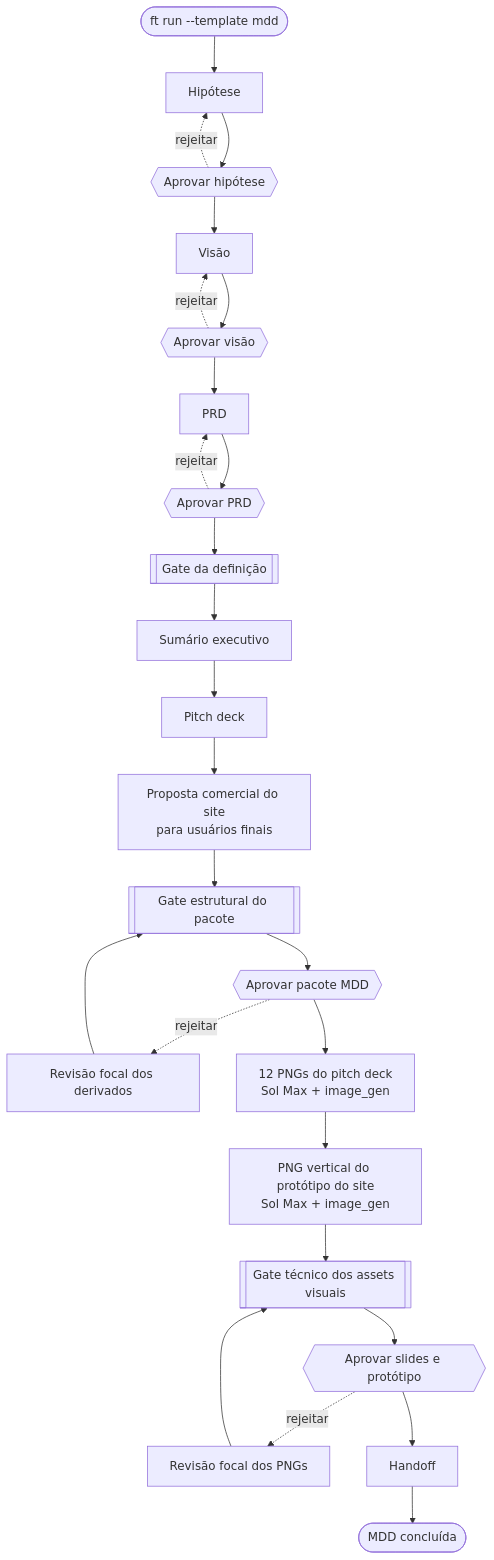
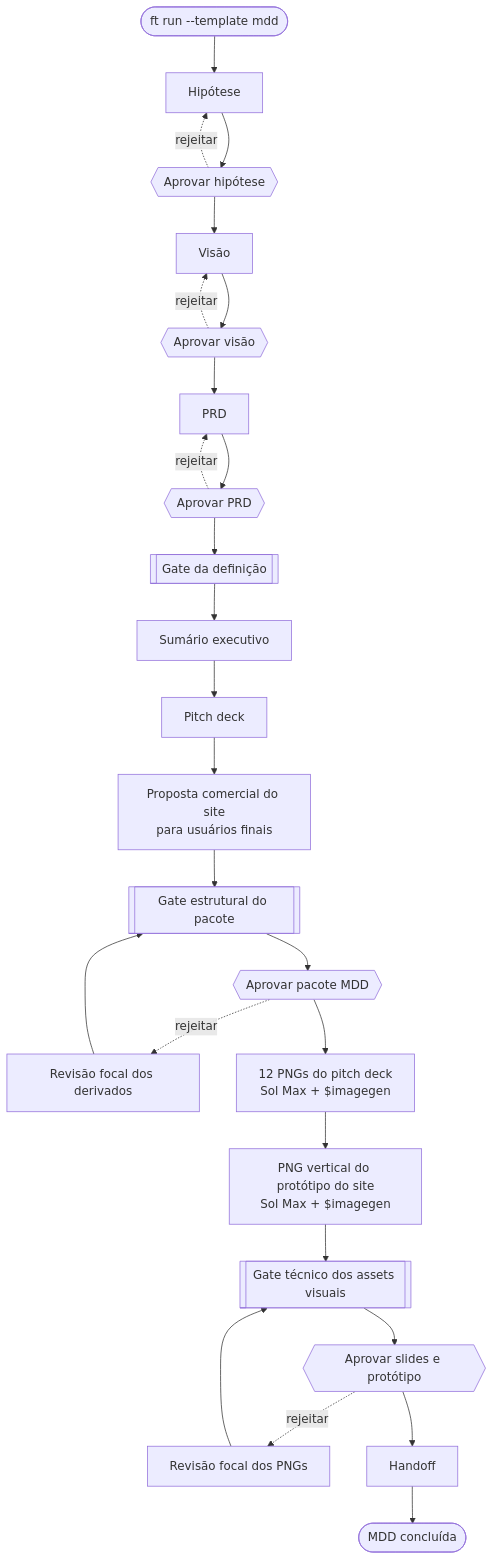
Before and after one commit to symlabs-ai/fast-track_process: the diagram in templates/mdd/process-flowchart.md, drawn with Mermaid. The commit also changed other lines of this file and 33 other files, not shown here.

````diff
--- a/templates/mdd/process-flowchart.md
+++ b/templates/mdd/process-flowchart.md
@@ -3,28 +3,28 @@
 ```mermaid
 flowchart TD
     START([ft run --template mdd]) --> H[Hipótese]
     H --> HG{{Aprovar hipótese}}
     HG -. rejeitar .-> H
     HG --> V[Visão]
     V --> VG{{Aprovar visão}}
     VG -. rejeitar .-> V
     VG --> P[PRD]
     P --> PG{{Aprovar PRD}}
     PG -. rejeitar .-> P
     PG --> DG[[Gate da definição]]
     DG --> ES[Sumário executivo]
     ES --> PD[Pitch deck]
     PD --> SP[Proposta comercial do site<br/>para usuários finais]
     SP --> PKG[[Gate estrutural do pacote]]
     PKG --> HR{{Aprovar pacote MDD}}
     HR -. rejeitar .-> REV[Revisão focal dos derivados]
     REV --> PKG
-    HR --> PI[12 PNGs do pitch deck<br/>Sol Max + image_gen]
-    PI --> SI[PNG vertical do protótipo do site<br/>Sol Max + image_gen]
+    HR --> PI[12 PNGs do pitch deck<br/>Sol Max + $imagegen]
+    PI --> SI[PNG vertical do protótipo do site<br/>Sol Max + $imagegen]
     SI --> AIG[[Gate técnico dos assets visuais]]
     AIG --> VR{{Aprovar slides e protótipo}}
     VR -. rejeitar .-> VREV[Revisão focal dos PNGs]
     VREV --> AIG
     VR --> HO[Handoff]
     HO --> END([MDD concluída])
 ```
````
